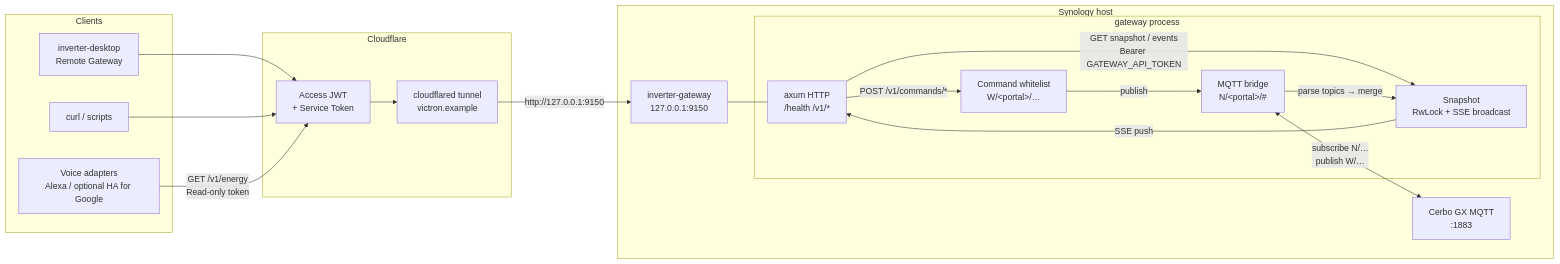
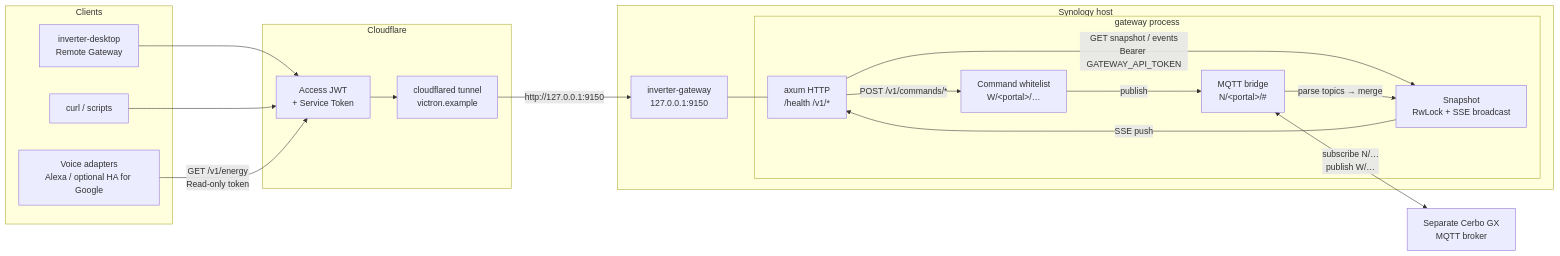
Before and after one commit to victron-venus/inverter-gateway: the second of 2 diagrams in README.md, drawn with Mermaid. The commit also changed other lines of this file and 8 other files, not shown here.

Commit message:
feat: add concise energy reports and optional power flow (#30)

````diff
--- a/README.md
+++ b/README.md
@@ -39,37 +59,37 @@
 ```mermaid
 flowchart LR
   subgraph Clients
     Desk["inverter-desktop<br/>Remote Gateway"]
     Curl["curl / scripts"]
     Voice["Voice adapters<br/>Alexa / optional HA for Google"]
   end
 
   subgraph Cloudflare
     Access["Access JWT<br/>+ Service Token"]
     Tunnel["cloudflared tunnel<br/>victron.example"]
   end
 
   subgraph Synology["Synology host"]
     GW["inverter-gateway<br/>127.0.0.1:9150"]
     subgraph Process["gateway process"]
       HTTP["axum HTTP<br/>/health /v1/*"]
       Snap["Snapshot<br/>RwLock + SSE broadcast"]
       Bridge["MQTT bridge<br/>N/&lt;portal&gt;/#"]
       WL["Command whitelist<br/>W/&lt;portal&gt;/…"]
     end
-    MQTT["Cerbo GX MQTT<br/>:1883"]
   end
+  MQTT["Separate Cerbo GX<br/>MQTT broker"]
 
   Desk --> Access
   Curl --> Access
   Voice -->|"GET /v1/energy<br/>Read-only token"| Access
   Access --> Tunnel
   Tunnel -->|"http://127.0.0.1:9150"| GW
   GW --- HTTP
   HTTP -->|"GET snapshot / events<br/>Bearer GATEWAY_API_TOKEN"| Snap
   HTTP -->|"POST /v1/commands/*"| WL
   Bridge -->|"parse topics → merge"| Snap
   Snap -->|"SSE push"| HTTP
   Bridge <-->|"subscribe N/…<br/>publish W/…"| MQTT
   WL -->|"publish"| Bridge
 ```
````
